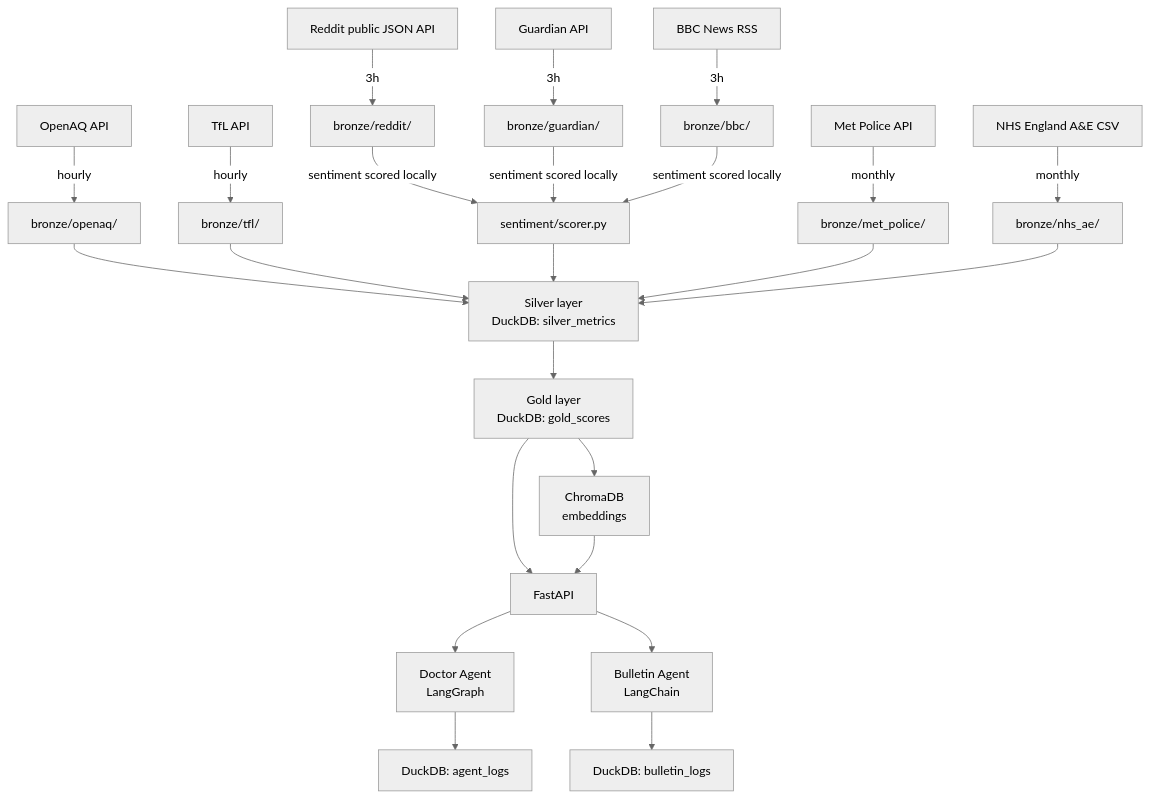
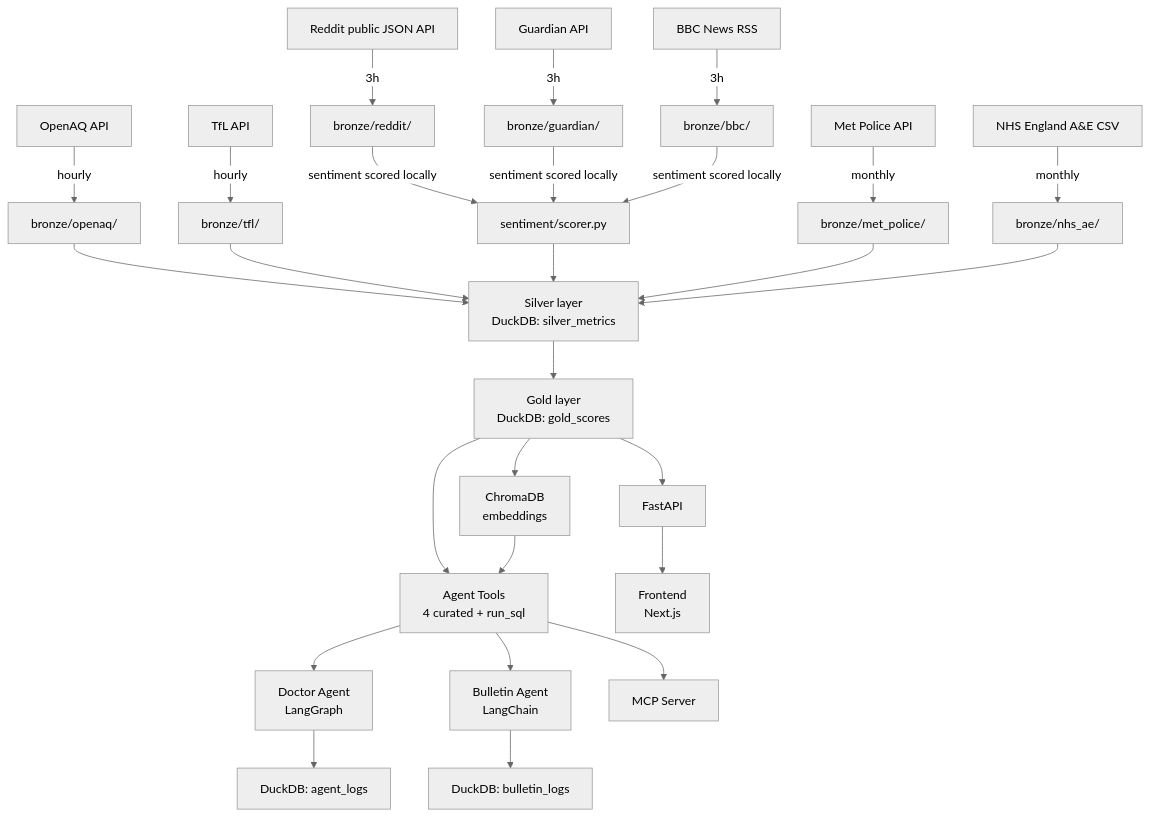
Before and after one commit to ryan-vanagt/city-scan-london: the diagram in docs/lineage.md, drawn with Mermaid (neutral theme). The commit also changed other lines of this file and 9 other files, not shown here.

First line of the commit message:
feat: implement agent tools — 4 curated DuckDB queries + guarded run_sql

````diff
--- a/docs/lineage.md
+++ b/docs/lineage.md
@@ -5,29 +5,33 @@
 ```mermaid
 flowchart TD
     OQ[OpenAQ API] -->|hourly| B_OQ[bronze/openaq/]
     TFL[TfL API] -->|hourly| B_TFL[bronze/tfl/]
     RD[Reddit public JSON API] -->|3h| B_RD[bronze/reddit/]
     GD[Guardian API] -->|3h| B_GD[bronze/guardian/]
     BBC[BBC News RSS] -->|3h| B_BBC[bronze/bbc/]
     MP[Met Police API] -->|monthly| B_MP[bronze/met_police/]
     NHS[NHS England A&E CSV] -->|monthly| B_NHS[bronze/nhs_ae/]
 
     B_OQ --> S[Silver layer\nDuckDB: silver_metrics]
     B_TFL --> S
     B_RD -->|sentiment scored locally| SENT[sentiment/scorer.py]
     SENT --> S
     B_GD -->|sentiment scored locally| SENT
     B_BBC -->|sentiment scored locally| SENT
     B_MP --> S
     B_NHS --> S
 
     S --> G[Gold layer\nDuckDB: gold_scores]
     G --> CH[ChromaDB\nembeddings]
 
+    G --> TOOLS[Agent Tools\n4 curated + run_sql]
     G --> API[FastAPI]
-    CH --> API
-    API --> DA[Doctor Agent\nLangGraph]
-    API --> BA[Bulletin Agent\nLangChain]
+    CH --> TOOLS
+
+    TOOLS --> DA[Doctor Agent\nLangGraph]
+    TOOLS --> BA[Bulletin Agent\nLangChain]
+    TOOLS --> MCP[MCP Server]
+    API --> FE[Frontend\nNext.js]
     DA --> LOGS[DuckDB: agent_logs]
     BA --> BLOGS[DuckDB: bulletin_logs]
 ```
````
